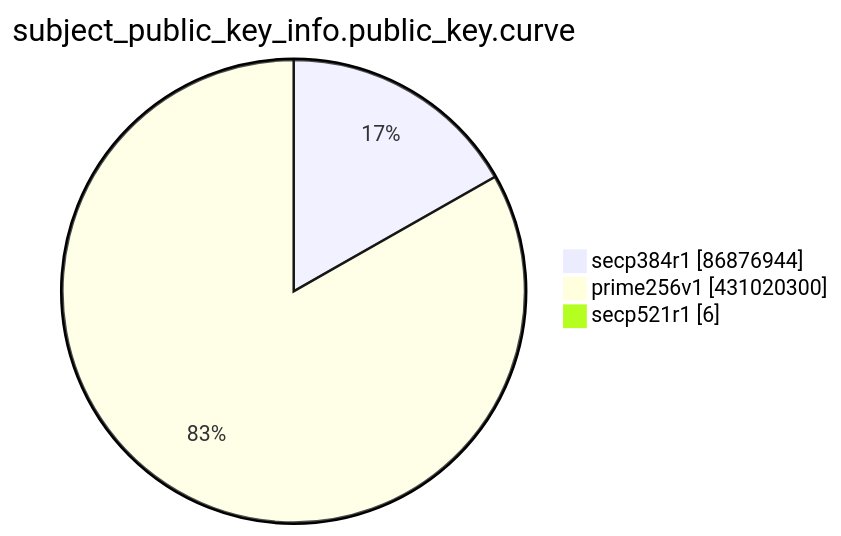
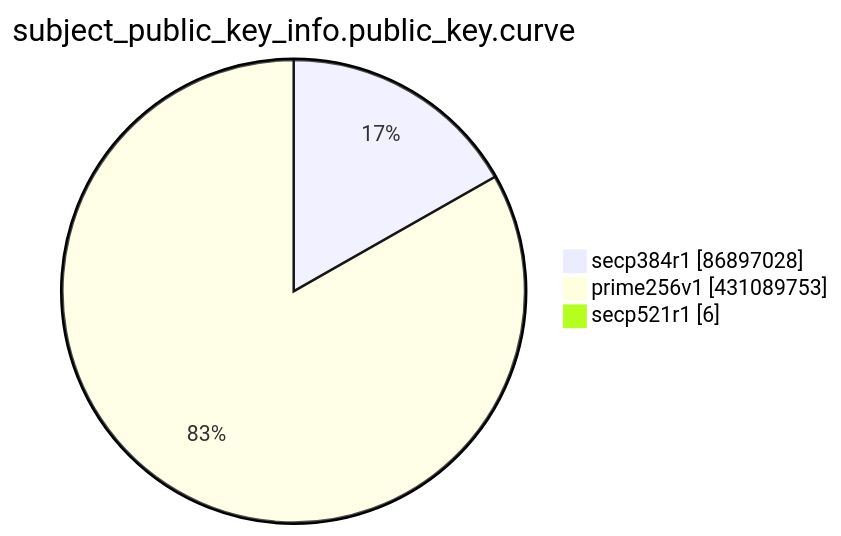
Before and after one commit to christiankrug/ctmonitor_visualization: the eighth of 15 diagrams in TOTAL/README.md, drawn with Mermaid. The commit also changed other lines of this file, not shown here.

````diff
--- a/TOTAL/README.md
+++ b/TOTAL/README.md
@@ -3100,7 +3100,7 @@
 ```mermaid
 pie showData
 title subject_public_key_info.public_key.curve
-"secp384r1" :86876944
-"prime256v1" :431020300
+"secp384r1" :86897028
+"prime256v1" :431089753
 "secp521r1" :6
 ```
````
